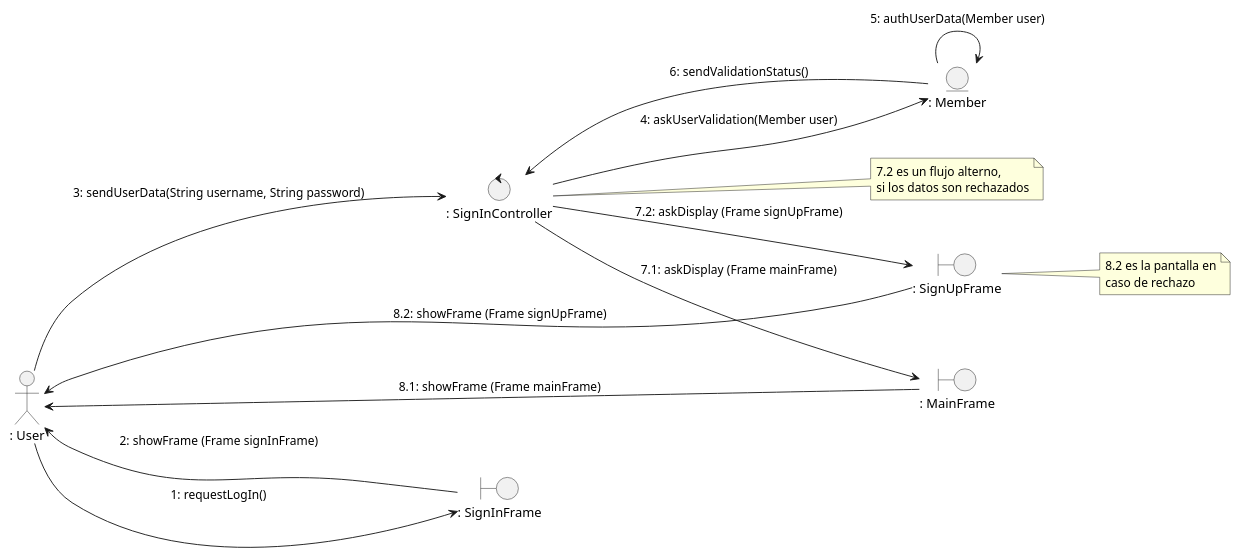
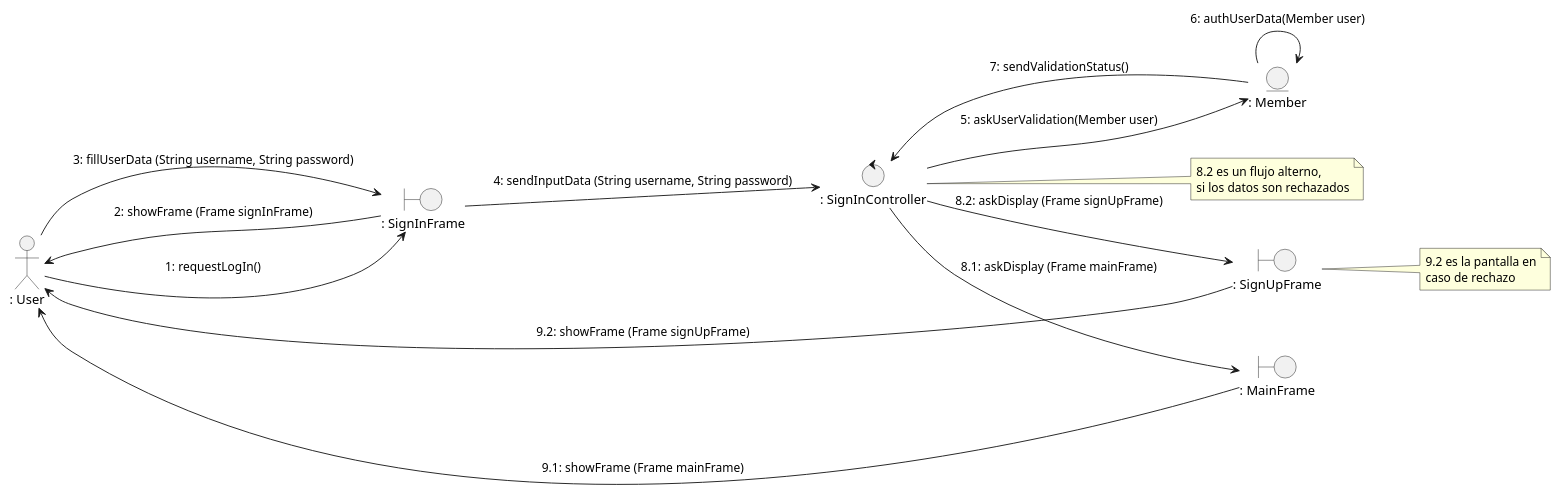
One commit to Danfloca02/ProyectoFacUpdate changed the diagram in docs/logicalView/analysisView/usecaseAnalysis/collaborationDiagram/PlantUML/uc2_login.plantuml. Above: the diagram before and after it, drawn with PlantUML. The commit also changed 1 other file, not shown here.

Commit message:
New changes to collaboration diagrams

```diff
--- a/docs/logicalView/analysisView/usecaseAnalysis/collaborationDiagram/PlantUML/uc2_login.plantuml
+++ b/docs/logicalView/analysisView/usecaseAnalysis/collaborationDiagram/PlantUML/uc2_login.plantuml
@@ -1,34 +1,35 @@
 @startuml uc2_login
 
 left to right direction
 
 actor ": User" as user
 entity ": Member" as mod
 control ": SignInController" as con
 boundary ": SignInFrame" as vis
 boundary ": MainFrame" as main
 boundary ": SignUpFrame" as sup
 
 note right of con
-    7.2 es un flujo alterno, 
+    8.2 es un flujo alterno, 
     si los datos son rechazados
 end note
 
 note right of sup 
-    8.2 es la pantalla en
+    9.2 es la pantalla en
     caso de rechazo
 end note
 
 
 user --> vis : 1: requestLogIn()
 vis --> user : 2: showFrame (Frame signInFrame)
-user --> con : 3: sendUserData(String username, String password)
-con --> mod : 4: askUserValidation(Member user)
-mod --> mod : 5: authUserData(Member user) 
-mod --> con : 6: sendValidationStatus() 
-con --> main : 7.1: askDisplay (Frame mainFrame)
-con --> sup : 7.2: askDisplay (Frame signUpFrame)
-main --> user : 8.1: showFrame (Frame mainFrame)
-sup --> user : 8.2: showFrame (Frame signUpFrame)
+user --> vis : 3: fillUserData (String username, String password)
+vis --> con : 4: sendInputData (String username, String password)
+con --> mod : 5: askUserValidation(Member user)
+mod --> mod : 6: authUserData(Member user) 
+mod --> con : 7: sendValidationStatus() 
+con --> main : 8.1: askDisplay (Frame mainFrame)
+con --> sup : 8.2: askDisplay (Frame signUpFrame)
+main --> user : 9.1: showFrame (Frame mainFrame)
+sup --> user : 9.2: showFrame (Frame signUpFrame)
 
 @enduml
```
